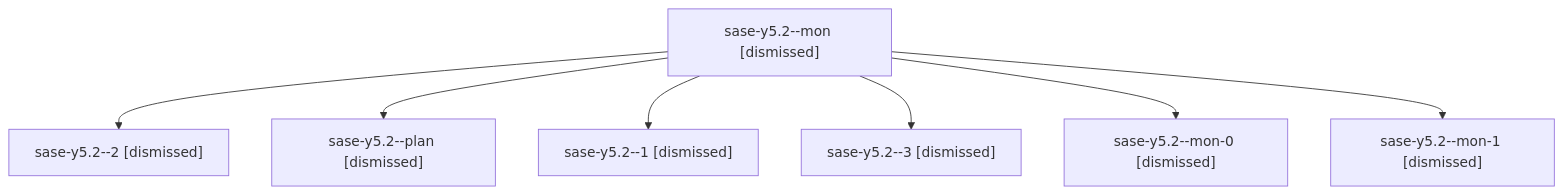
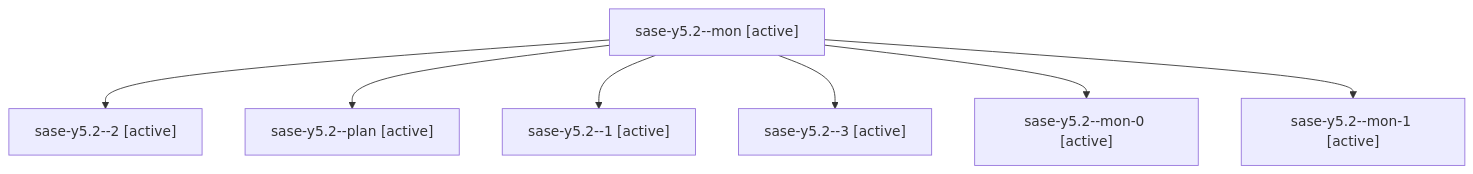
Before and after one commit to sase-org/sase--agents: the diagram in families/bbugyi200.athena.sase-y5.2.md, drawn with Mermaid. The commit also changed other lines of this file and 35830 other files, not shown here.

````diff
--- a/families/bbugyi200.athena.sase-y5.2.md
+++ b/families/bbugyi200.athena.sase-y5.2.md
@@ -9,16 +9,16 @@
 ```mermaid
 flowchart TD
-  n0["sase-y5.2--mon [dismissed]"]
-  n1["sase-y5.2--2 [dismissed]"]
+  n0["sase-y5.2--mon [active]"]
+  n1["sase-y5.2--2 [active]"]
   n0 --> n1
-  n2["sase-y5.2--plan [dismissed]"]
+  n2["sase-y5.2--plan [active]"]
   n0 --> n2
-  n3["sase-y5.2--1 [dismissed]"]
+  n3["sase-y5.2--1 [active]"]
   n0 --> n3
-  n4["sase-y5.2--3 [dismissed]"]
+  n4["sase-y5.2--3 [active]"]
   n0 --> n4
-  n5["sase-y5.2--mon-0 [dismissed]"]
+  n5["sase-y5.2--mon-0 [active]"]
   n0 --> n5
-  n6["sase-y5.2--mon-1 [dismissed]"]
+  n6["sase-y5.2--mon-1 [active]"]
   n0 --> n6
 ```
````
